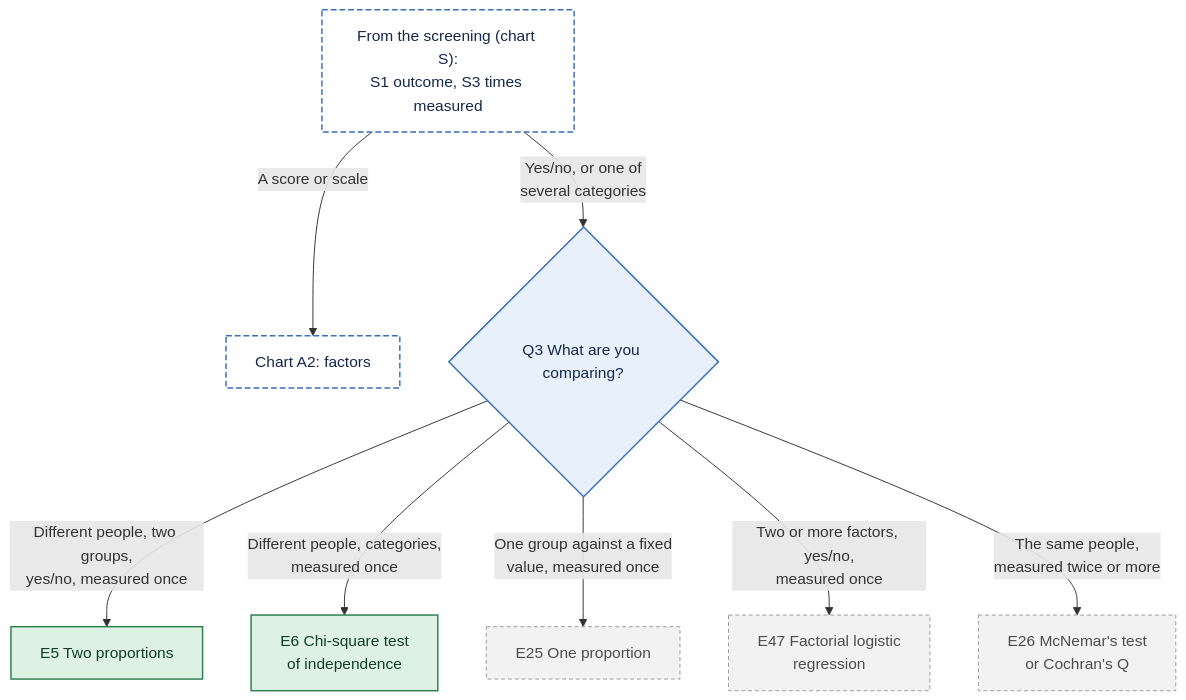
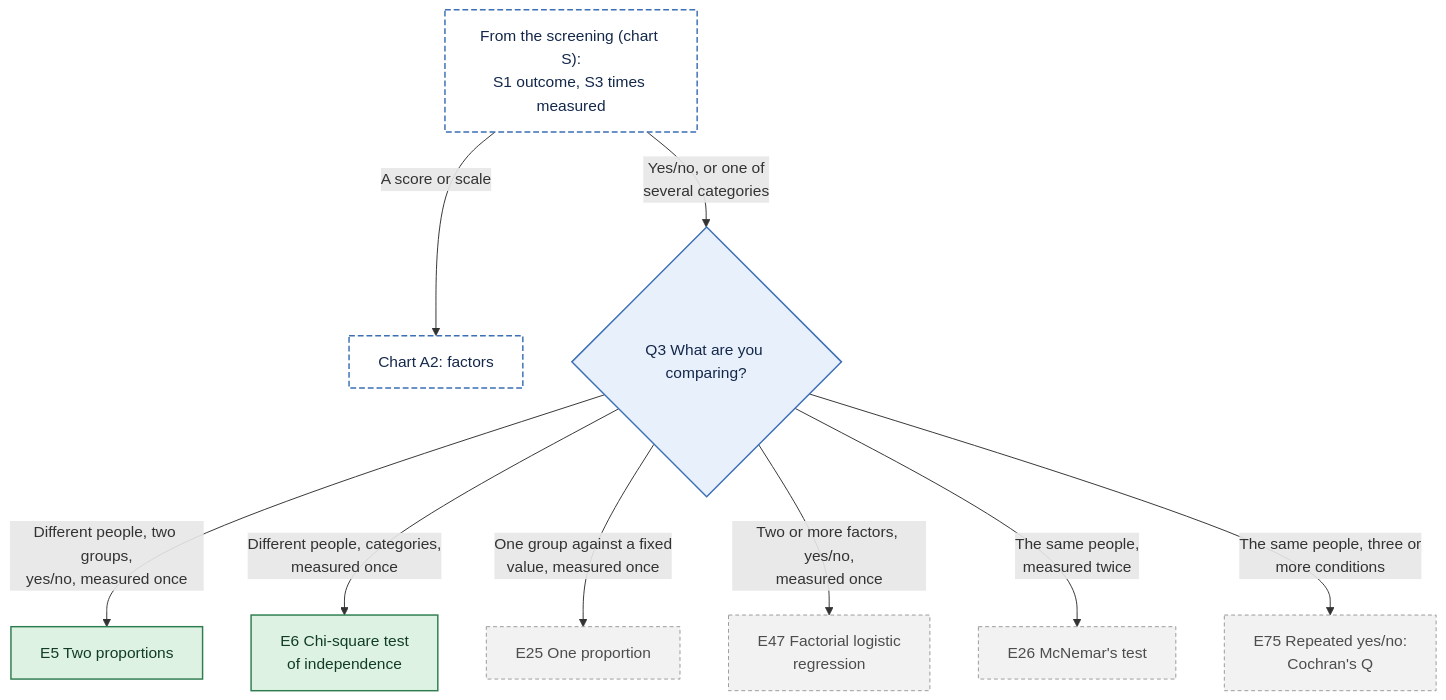
One commit to JoelThornton/Powerkit changed the third of 11 diagrams in docs/decision-tree.md. Above: the diagram before and after it, drawn with Mermaid. The commit also changed other lines of this file and 28 other files, not shown here.

First line of the commit message:
Plan Cochran's Q for yes/no answers in three or more conditions (0.75.0) (#446)

````diff
--- a/docs/decision-tree.md
+++ b/docs/decision-tree.md
@@ -319,20 +319,21 @@
 ```mermaid
 flowchart TD
   S["From the screening (chart S):<br/>S1 outcome, S3 times measured"]
   S -->|A score or scale| A2["Chart A2: factors"]
   S -->|Yes/no, or one of<br/>several categories| Q3y{"Q3 What are you comparing?"}
   Q3y -->|Different people, two groups,<br/>yes/no, measured once| E5["E5 Two proportions"]
   Q3y -->|Different people, categories,<br/>measured once| E6["E6 Chi-square test<br/>of independence"]
   Q3y -->|One group against a fixed<br/>value, measured once| E25["E25 One proportion"]
   Q3y -->|Two or more factors, yes/no,<br/>measured once| E47["E47 Factorial logistic<br/>regression"]
-  Q3y -->|The same people,<br/>measured twice or more| E26["E26 McNemar's test<br/>or Cochran's Q"]
+  Q3y -->|The same people,<br/>measured twice| E26["E26 McNemar's test"]
+  Q3y -->|The same people, three or<br/>more conditions| E75["E75 Repeated yes/no:<br/>Cochran's Q"]
   class Q3y q
   class E5,E6 avail
-  class E25,E26,E47 later
+  class E25,E26,E47,E75 later
   class S,A2 jump
   classDef q fill:#E8F0FB,stroke:#3B6FB6,color:#14284B,stroke-width:1.5px
   classDef avail fill:#DDF2E3,stroke:#2E7D4F,color:#123D24,stroke-width:1.5px
   classDef spec fill:#FFF0D1,stroke:#B97A00,color:#4A3200,stroke-width:1.5px
   classDef later fill:#F2F2F2,stroke:#9A9A9A,color:#4D4D4D,stroke-width:1px,stroke-dasharray:4 3
   classDef jump fill:#FFFFFF,stroke:#3B6FB6,color:#14284B,stroke-width:1.5px,stroke-dasharray:6 3
 ```
````
